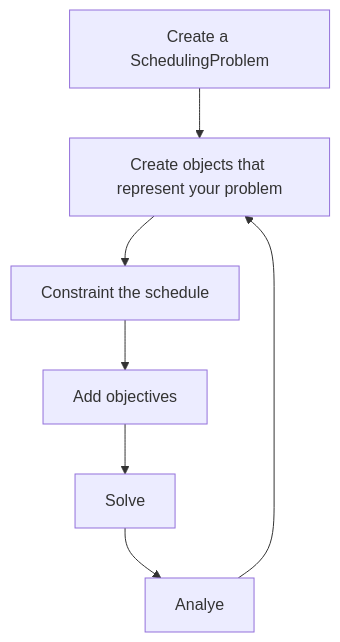
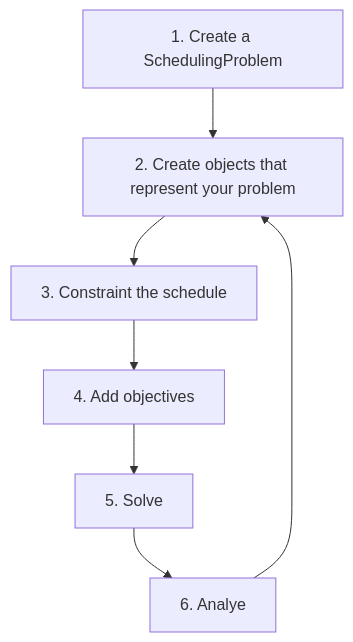
The diagram in docs/workflow.md (tpaviot/ProcessScheduler), drawn with Mermaid before and after one commit. The commit also changed other lines of this file and 1 other file, not shown here.

````diff
--- a/docs/workflow.md
+++ b/docs/workflow.md
@@ -5,9 +5,9 @@
 ``` mermaid
 graph TD
-  A[Create a SchedulingProblem] --> B[Create objects that represent your problem];
-  B --> C[Constraint the schedule];
-  C --> D[Add objectives];
-  D --> E[Solve];
-  E --> F[Analye];
+  A[1. Create a SchedulingProblem] --> B[2. Create objects that represent your problem];
+  B --> C[3. Constraint the schedule];
+  C --> D[4. Add objectives];
+  D --> E[5. Solve];
+  E --> F[6. Analye];
   F --> B;
 ```
````
